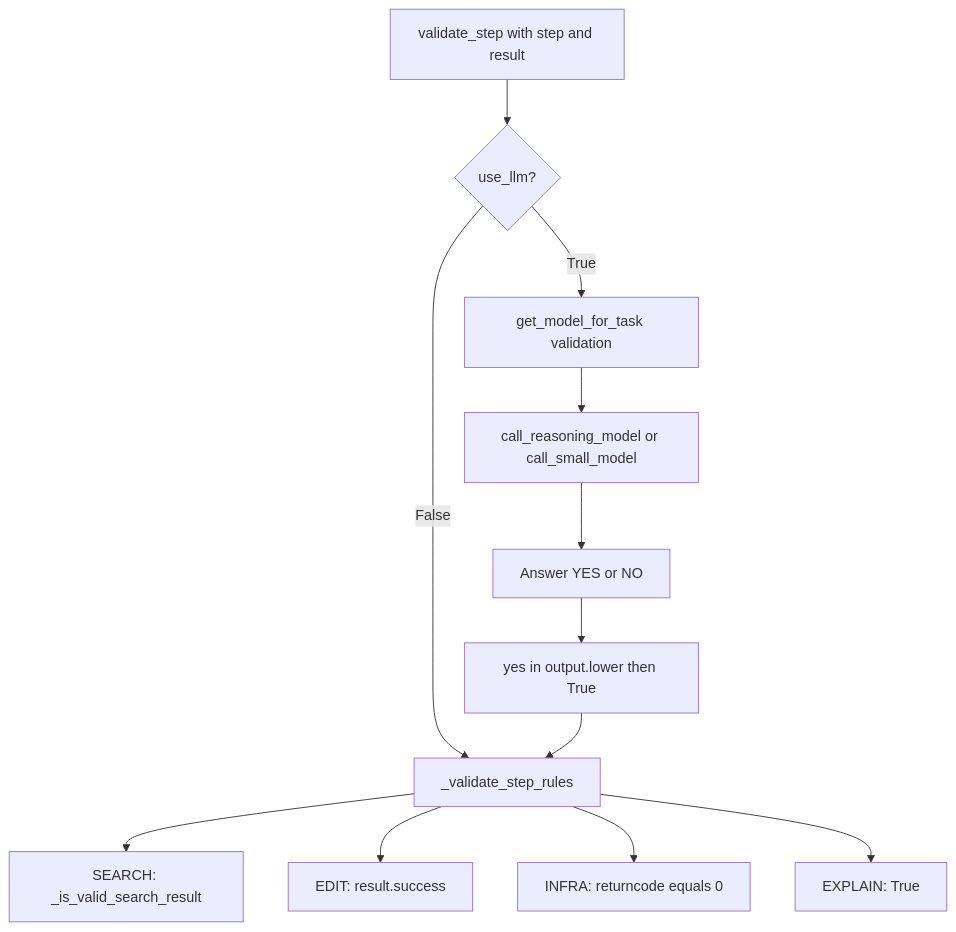
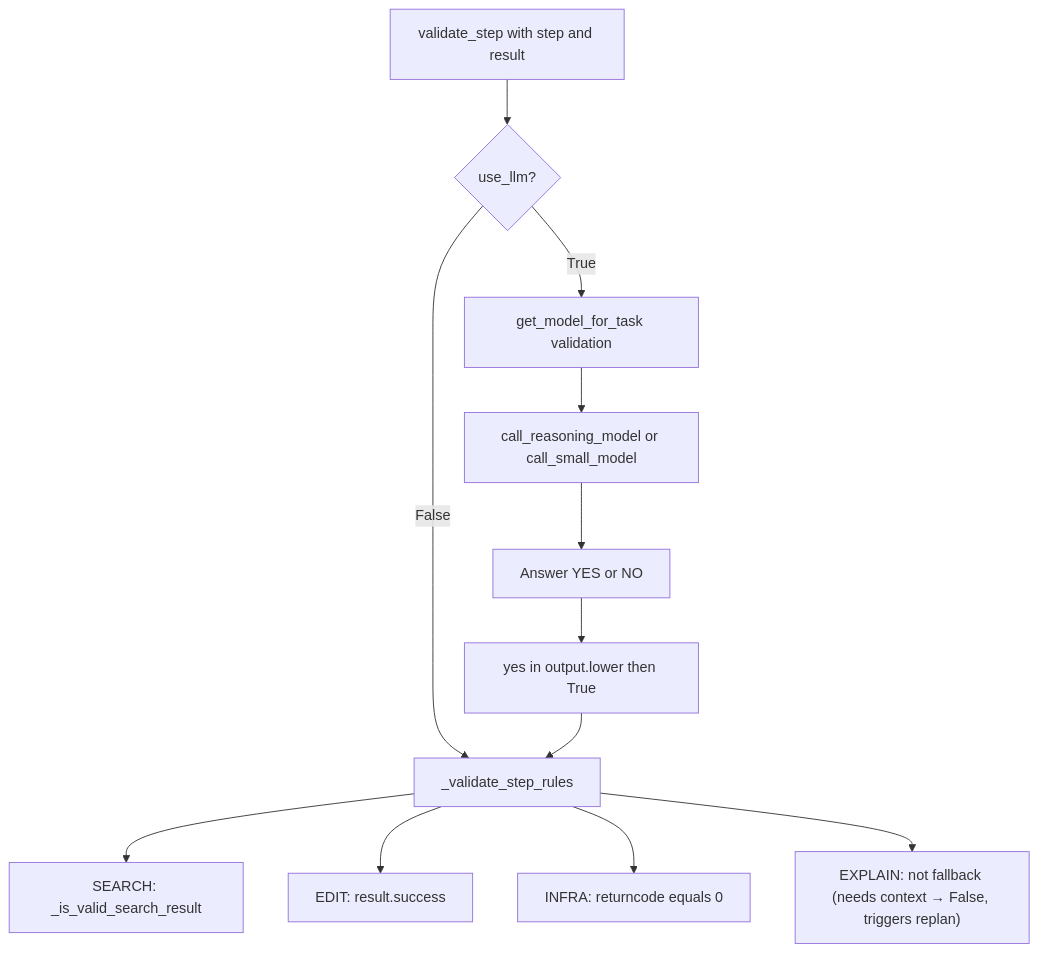
One commit to Pugsy-Explores/AutoStudio changed the eighth of 9 diagrams in Docs/AGENT_LOOP_WORKFLOW.md. Above: the diagram before and after it, drawn with Mermaid. The commit also changed other lines of this file and 81 other files, not shown here.

````diff
--- a/Docs/AGENT_LOOP_WORKFLOW.md
+++ b/Docs/AGENT_LOOP_WORKFLOW.md
@@ -206,14 +235,14 @@
 ```mermaid
 flowchart TB
     V["validate_step with step and result"] --> U{"use_llm?"}
     U -->|False| R["_validate_step_rules"]
     U -->|True| L["get_model_for_task validation"]
     L --> M["call_reasoning_model or call_small_model"]
     M --> P["Answer YES or NO"]
     P --> R2["yes in output.lower then True"]
     R2 --> R
     R --> SEARCH_RULE["SEARCH: _is_valid_search_result"]
     R --> EDIT_RULE["EDIT: result.success"]
     R --> INFRA_RULE["INFRA: returncode equals 0"]
-    R --> EXPLAIN_RULE["EXPLAIN: True"]
+    R --> EXPLAIN_RULE["EXPLAIN: not fallback (needs context → False, triggers replan)"]
 ```
````
